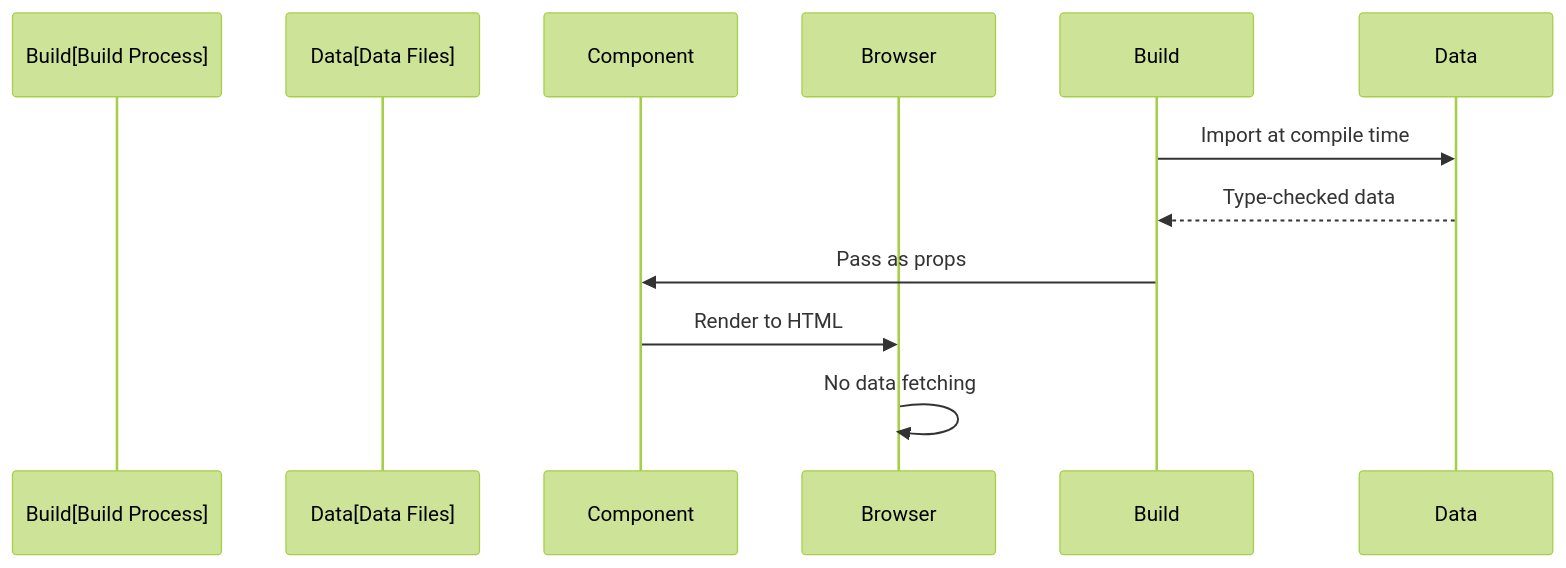
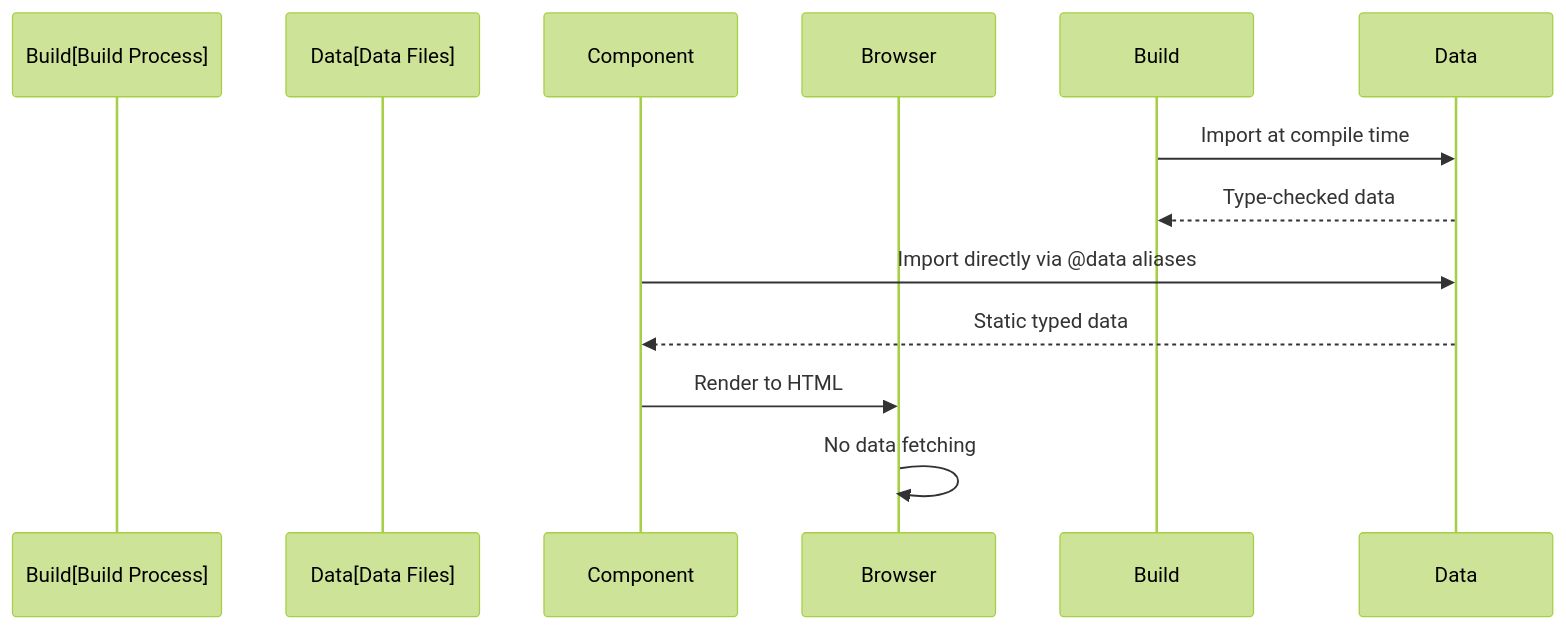
One commit to AlexJSully/AlexJSully-Portfolio changed the diagram in docs/architecture/data.md. Above: the diagram before and after it, drawn with Mermaid (forest theme). The commit also changed other lines of this file and 42 other files, not shown here.

````diff
--- a/docs/architecture/data.md
+++ b/docs/architecture/data.md
@@ -7,15 +7,16 @@
 ```mermaid
 sequenceDiagram
     accTitle: Build-Time Data Integration Sequence
-    accDescr: Shows how build process imports and type-checks data files, passes them as props to components, renders HTML with embedded data, avoiding any runtime data fetching
+    accDescr: Shows how the build imports and type-checks data files at compile time, after which components import the data directly via @data aliases and render it to HTML, avoiding any runtime data fetching
     participant Build[Build Process]
     participant Data[Data Files]
     participant Component
     participant Browser
 
     Build->>Data: Import at compile time
     Data-->>Build: Type-checked data
-    Build->>Component: Pass as props
+    Component->>Data: Import directly via @data aliases
+    Data-->>Component: Static typed data
     Component->>Browser: Render to HTML
     Browser->>Browser: No data fetching
 ```
````
